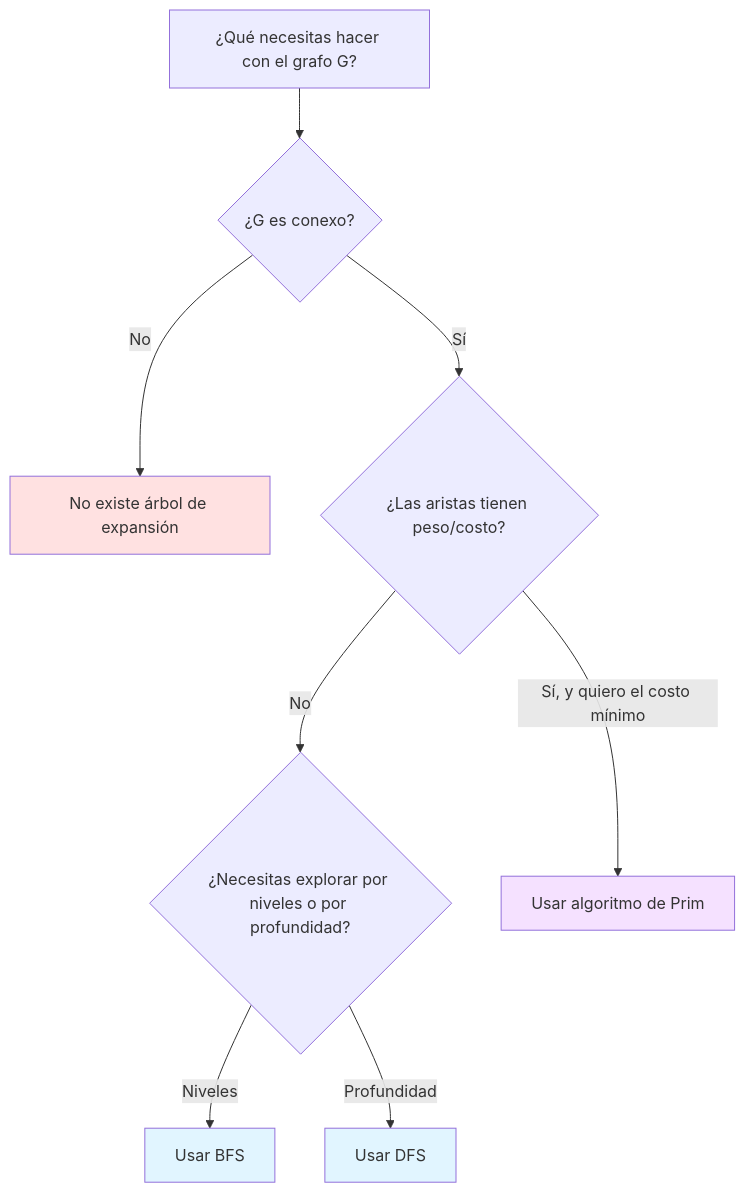
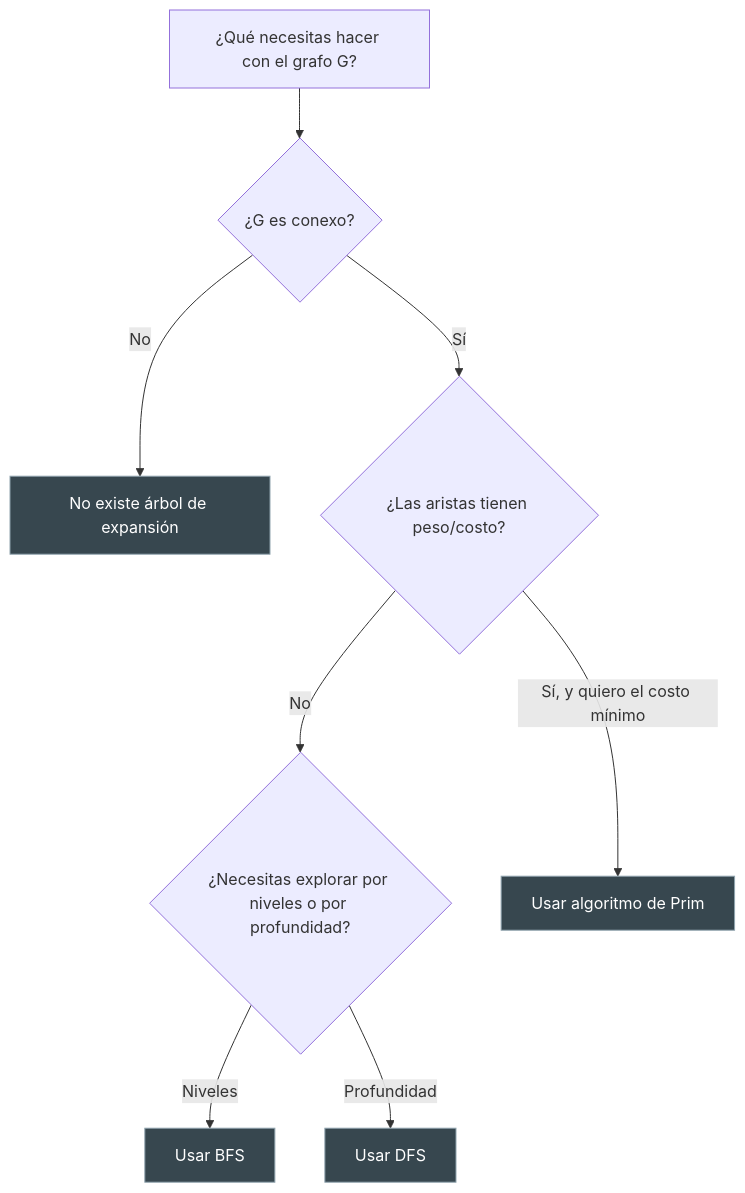
The second of 2 diagrams in src/site/notes/Universidad/3er Semestre/Matemáticas Discretas/Unidad 5 - Grafos y Árboles/04 - Árboles I - Conceptos Básicos y Árboles de Expansión.md (Fsteven22/Notas-ESPOL), drawn with Mermaid before and after one commit. The commit also changed other lines of this file and 79 other files, not shown here.

````diff
--- a/src/site/notes/Universidad/3er Semestre/Matemáticas Discretas/Unidad 5 - Grafos y Árboles/04 - Árboles I - Conceptos Básicos y Árboles de Expansión.md
+++ b/src/site/notes/Universidad/3er Semestre/Matemáticas Discretas/Unidad 5 - Grafos y Árboles/04 - Árboles I - Conceptos Básicos y Árboles de Expansión.md
@@ -280,15 +299,15 @@
 ```mermaid
 graph TD
     Start["¿Qué necesitas hacer con el grafo G?"] --> Q1{"¿G es conexo?"}
     Q1 -->|No| NoTree["No existe árbol de expansión"]
     Q1 -->|Sí| Q2{"¿Las aristas tienen peso/costo?"}
     Q2 -->|No| Q3{"¿Necesitas explorar por niveles o por profundidad?"}
     Q3 -->|Niveles| BFS["Usar BFS"]
     Q3 -->|Profundidad| DFS["Usar DFS"]
     Q2 -->|Sí, y quiero el costo mínimo| Prim["Usar algoritmo de Prim"]
 
-    style NoTree fill:#ffe1e1
-    style BFS fill:#e1f5ff
-    style DFS fill:#e1f5ff
-    style Prim fill:#f5e1ff
+    style NoTree fill:#37474F,color:#FFFFFF,stroke:#90A4AE,stroke-width:1px
+    style BFS fill:#37474F,color:#FFFFFF,stroke:#90A4AE,stroke-width:1px
+    style DFS fill:#37474F,color:#FFFFFF,stroke:#90A4AE,stroke-width:1px
+    style Prim fill:#37474F,color:#FFFFFF,stroke:#90A4AE,stroke-width:1px
 ```
````
